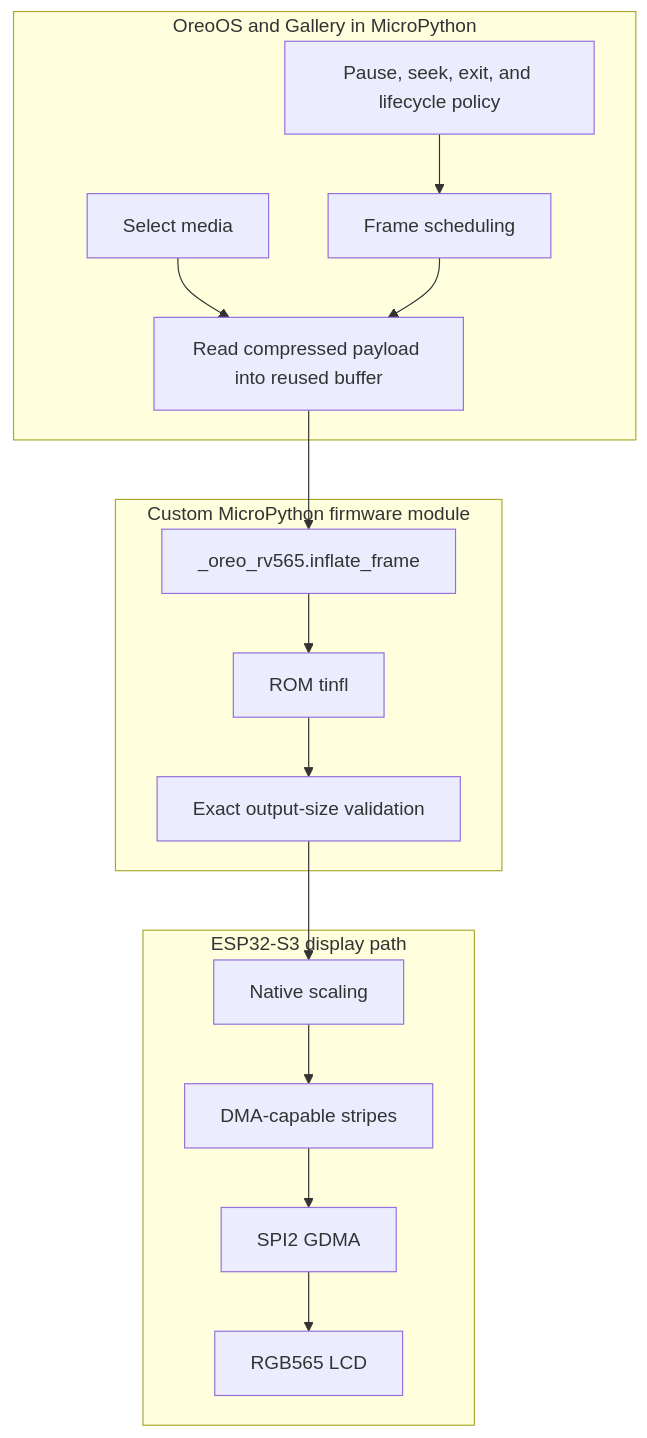
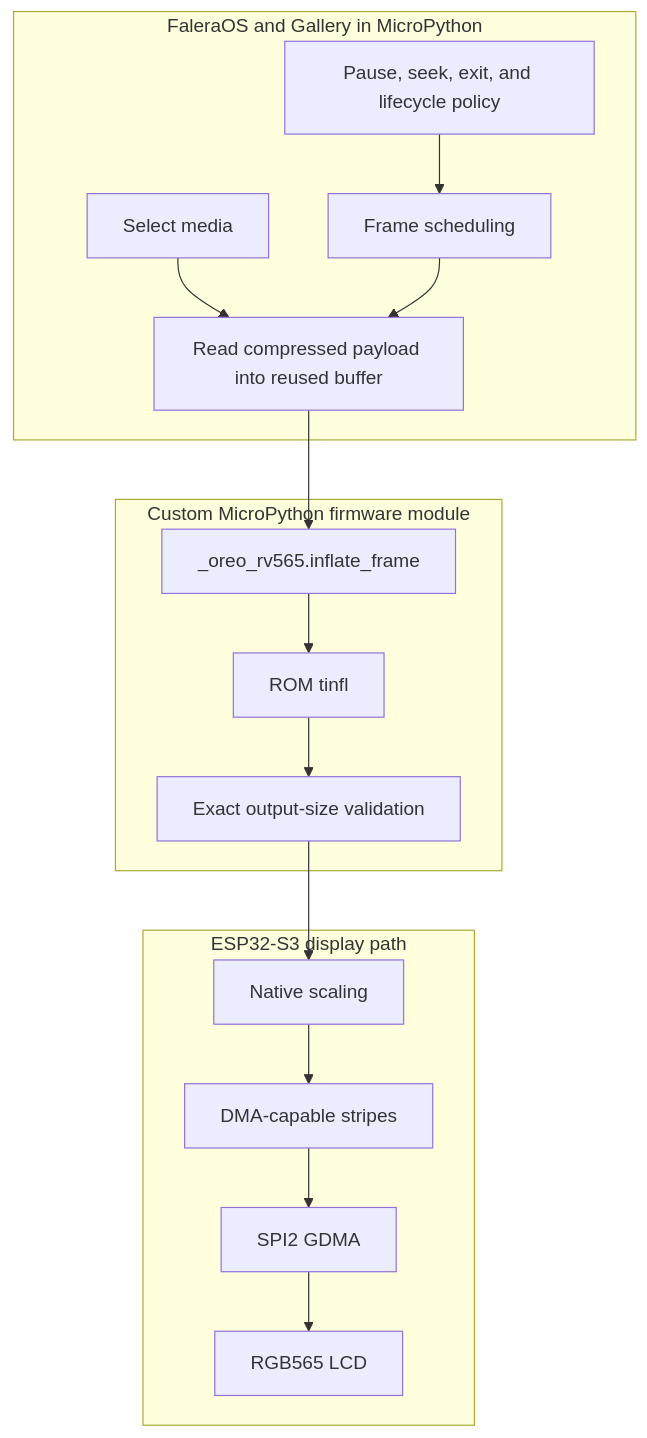
Before and after one commit to elixpo/rv565: the sixth of 10 diagrams in docs/KNOWLEDGE_DECK.md, drawn with Mermaid. The commit also changed other lines of this file and 16 other files, not shown here.

First line of the commit message:
Docs: OreoOS is now FaleraOS, the badge is the Falera Badge (#51)

````diff
--- a/docs/KNOWLEDGE_DECK.md
+++ b/docs/KNOWLEDGE_DECK.md
@@ -259,26 +259,26 @@
 ```mermaid
 flowchart TB
-    subgraph Python[OreoOS and Gallery in MicroPython]
+    subgraph Python[FaleraOS and Gallery in MicroPython]
         A[Select media]
         B[Read compressed payload into reused buffer]
         C[Pause, seek, exit, and lifecycle policy]
         D[Frame scheduling]
     end
 
     subgraph Firmware[Custom MicroPython firmware module]
         E[_oreo_rv565.inflate_frame]
         F[ROM tinfl]
         G[Exact output-size validation]
     end
 
     subgraph Hardware[ESP32-S3 display path]
         H[Native scaling]
         I[DMA-capable stripes]
         J[SPI2 GDMA]
         K[RGB565 LCD]
     end
 
     A --> B --> E --> F --> G --> H --> I --> J --> K
     C --> D
     D --> B
 ```
````
